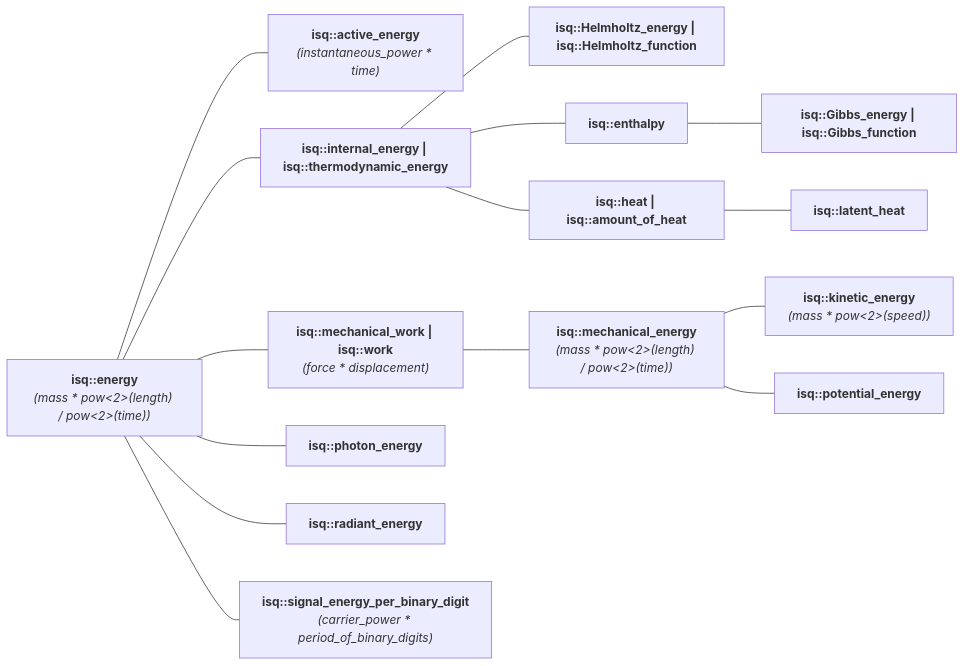
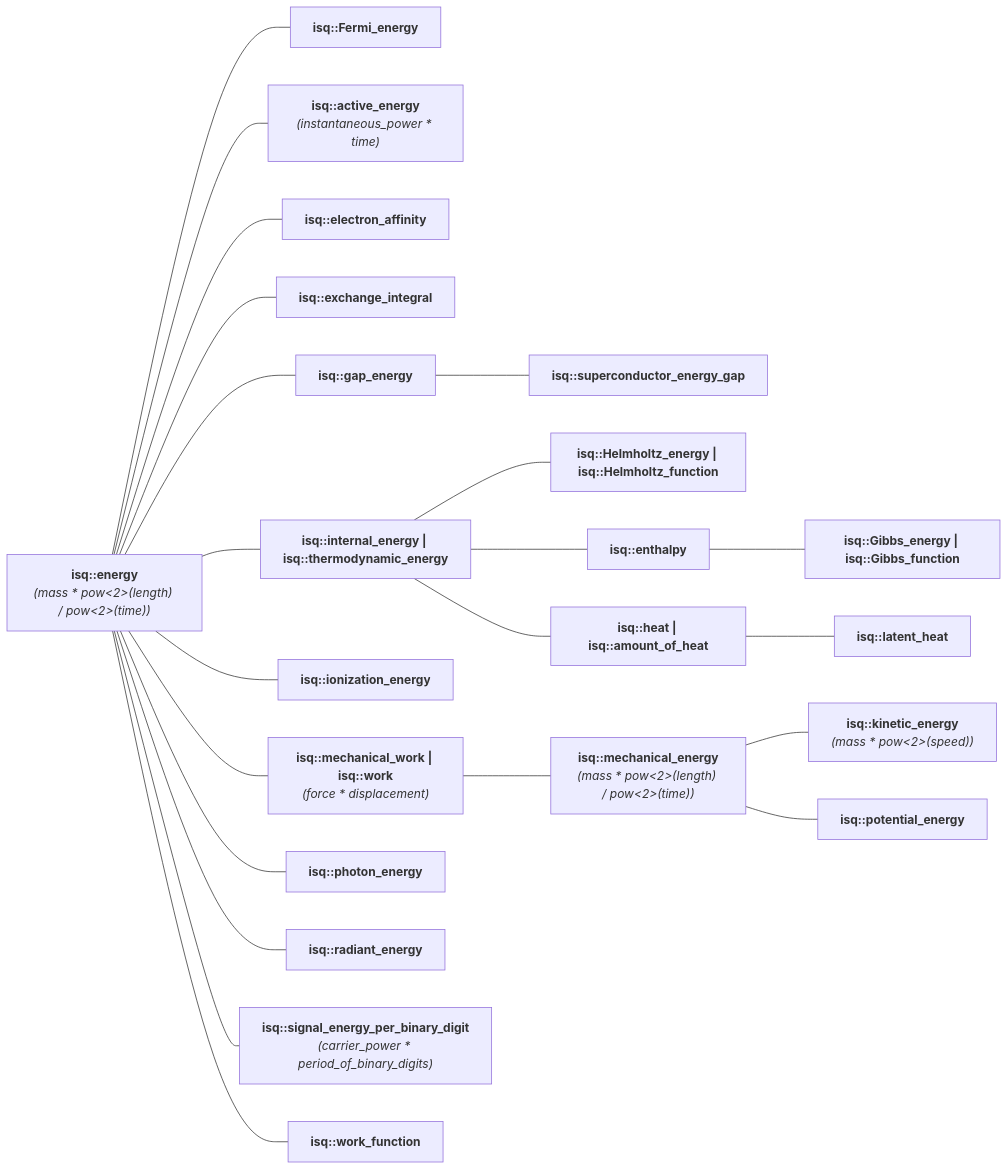
Before and after one commit to mpusz/mp-units: the diagram in docs/reference/systems_reference/hierarchies/energy_isq.md, drawn with Mermaid. The commit also changed 30 other files, not shown here.

````diff
--- a/docs/reference/systems_reference/hierarchies/energy_isq.md
+++ b/docs/reference/systems_reference/hierarchies/energy_isq.md
@@ -8,32 +8,46 @@
 ```mermaid
 flowchart LR
     isq_energy["<b><a href="../../systems/isq/#energy" style="color: var(--md-mermaid-label-fg-color); text-decoration: none;">isq::energy</a></b><br><i>(<a href="../../systems/isq/#mass" style="color: var(--md-mermaid-label-fg-color); text-decoration: none;">mass</a> * pow<2>(<a href="../../systems/isq/#length" style="color: var(--md-mermaid-label-fg-color); text-decoration: none;">length</a>) / pow<2>(<a href="../../systems/isq/#time" style="color: var(--md-mermaid-label-fg-color); text-decoration: none;">time</a>))</i>"]
+    isq_Fermi_energy["<b><a href="../../systems/isq/#Fermi_energy" style="color: var(--md-mermaid-label-fg-color); text-decoration: none;">isq::Fermi_energy</a></b>"]
+    isq_energy --- isq_Fermi_energy
     isq_active_energy["<b><a href="../../systems/isq/#active_energy" style="color: var(--md-mermaid-label-fg-color); text-decoration: none;">isq::active_energy</a></b><br><i>(<a href="../../systems/isq/#instantaneous_power" style="color: var(--md-mermaid-label-fg-color); text-decoration: none;">instantaneous_power</a> * <a href="../../systems/isq/#time" style="color: var(--md-mermaid-label-fg-color); text-decoration: none;">time</a>)</i>"]
     isq_energy --- isq_active_energy
+    isq_electron_affinity["<b><a href="../../systems/isq/#electron_affinity" style="color: var(--md-mermaid-label-fg-color); text-decoration: none;">isq::electron_affinity</a></b>"]
+    isq_energy --- isq_electron_affinity
+    isq_exchange_integral["<b><a href="../../systems/isq/#exchange_integral" style="color: var(--md-mermaid-label-fg-color); text-decoration: none;">isq::exchange_integral</a></b>"]
+    isq_energy --- isq_exchange_integral
+    isq_gap_energy["<b><a href="../../systems/isq/#gap_energy" style="color: var(--md-mermaid-label-fg-color); text-decoration: none;">isq::gap_energy</a></b>"]
+    isq_energy --- isq_gap_energy
+    isq_superconductor_energy_gap["<b><a href="../../systems/isq/#superconductor_energy_gap" style="color: var(--md-mermaid-label-fg-color); text-decoration: none;">isq::superconductor_energy_gap</a></b>"]
+    isq_gap_energy --- isq_superconductor_energy_gap
     isq_internal_energy["<b><a href="../../systems/isq/#internal_energy" style="color: var(--md-mermaid-label-fg-color); text-decoration: none;">isq::internal_energy</a> | <a href="../../systems/isq/#thermodynamic_energy" style="color: var(--md-mermaid-label-fg-color); text-decoration: none;">isq::thermodynamic_energy</a></b>"]
     isq_energy --- isq_internal_energy
     isq_Helmholtz_energy["<b><a href="../../systems/isq/#Helmholtz_energy" style="color: var(--md-mermaid-label-fg-color); text-decoration: none;">isq::Helmholtz_energy</a> | <a href="../../systems/isq/#Helmholtz_function" style="color: var(--md-mermaid-label-fg-color); text-decoration: none;">isq::Helmholtz_function</a></b>"]
     isq_internal_energy --- isq_Helmholtz_energy
     isq_enthalpy["<b><a href="../../systems/isq/#enthalpy" style="color: var(--md-mermaid-label-fg-color); text-decoration: none;">isq::enthalpy</a></b>"]
     isq_internal_energy --- isq_enthalpy
     isq_Gibbs_energy["<b><a href="../../systems/isq/#Gibbs_energy" style="color: var(--md-mermaid-label-fg-color); text-decoration: none;">isq::Gibbs_energy</a> | <a href="../../systems/isq/#Gibbs_function" style="color: var(--md-mermaid-label-fg-color); text-decoration: none;">isq::Gibbs_function</a></b>"]
     isq_enthalpy --- isq_Gibbs_energy
     isq_heat["<b><a href="../../systems/isq/#heat" style="color: var(--md-mermaid-label-fg-color); text-decoration: none;">isq::heat</a> | <a href="../../systems/isq/#amount_of_heat" style="color: var(--md-mermaid-label-fg-color); text-decoration: none;">isq::amount_of_heat</a></b>"]
     isq_internal_energy --- isq_heat
     isq_latent_heat["<b><a href="../../systems/isq/#latent_heat" style="color: var(--md-mermaid-label-fg-color); text-decoration: none;">isq::latent_heat</a></b>"]
     isq_heat --- isq_latent_heat
+    isq_ionization_energy["<b><a href="../../systems/isq/#ionization_energy" style="color: var(--md-mermaid-label-fg-color); text-decoration: none;">isq::ionization_energy</a></b>"]
+    isq_energy --- isq_ionization_energy
     isq_mechanical_work["<b><a href="../../systems/isq/#mechanical_work" style="color: var(--md-mermaid-label-fg-color); text-decoration: none;">isq::mechanical_work</a> | <a href="../../systems/isq/#work" style="color: var(--md-mermaid-label-fg-color); text-decoration: none;">isq::work</a></b><br><i>(<a href="../../systems/isq/#force" style="color: var(--md-mermaid-label-fg-color); text-decoration: none;">force</a> * <a href="../../systems/isq/#displacement" style="color: var(--md-mermaid-label-fg-color); text-decoration: none;">displacement</a>)</i>"]
     isq_energy --- isq_mechanical_work
     isq_mechanical_energy["<b><a href="../../systems/isq/#mechanical_energy" style="color: var(--md-mermaid-label-fg-color); text-decoration: none;">isq::mechanical_energy</a></b><br><i>(<a href="../../systems/isq/#mass" style="color: var(--md-mermaid-label-fg-color); text-decoration: none;">mass</a> * pow<2>(<a href="../../systems/isq/#length" style="color: var(--md-mermaid-label-fg-color); text-decoration: none;">length</a>) / pow<2>(<a href="../../systems/isq/#time" style="color: var(--md-mermaid-label-fg-color); text-decoration: none;">time</a>))</i>"]
     isq_mechanical_work --- isq_mechanical_energy
     isq_kinetic_energy["<b><a href="../../systems/isq/#kinetic_energy" style="color: var(--md-mermaid-label-fg-color); text-decoration: none;">isq::kinetic_energy</a></b><br><i>(<a href="../../systems/isq/#mass" style="color: var(--md-mermaid-label-fg-color); text-decoration: none;">mass</a> * pow<2>(<a href="../../systems/isq/#speed" style="color: var(--md-mermaid-label-fg-color); text-decoration: none;">speed</a>))</i>"]
     isq_mechanical_energy --- isq_kinetic_energy
     isq_potential_energy["<b><a href="../../systems/isq/#potential_energy" style="color: var(--md-mermaid-label-fg-color); text-decoration: none;">isq::potential_energy</a></b>"]
     isq_mechanical_energy --- isq_potential_energy
     isq_photon_energy["<b><a href="../../systems/isq/#photon_energy" style="color: var(--md-mermaid-label-fg-color); text-decoration: none;">isq::photon_energy</a></b>"]
     isq_energy --- isq_photon_energy
     isq_radiant_energy["<b><a href="../../systems/isq/#radiant_energy" style="color: var(--md-mermaid-label-fg-color); text-decoration: none;">isq::radiant_energy</a></b>"]
     isq_energy --- isq_radiant_energy
     isq_signal_energy_per_binary_digit["<b><a href="../../systems/isq/#signal_energy_per_binary_digit" style="color: var(--md-mermaid-label-fg-color); text-decoration: none;">isq::signal_energy_per_binary_digit</a></b><br><i>(<a href="../../systems/isq/#carrier_power" style="color: var(--md-mermaid-label-fg-color); text-decoration: none;">carrier_power</a> * <a href="../../systems/isq/#period_of_binary_digits" style="color: var(--md-mermaid-label-fg-color); text-decoration: none;">period_of_binary_digits</a>)</i>"]
     isq_energy --- isq_signal_energy_per_binary_digit
+    isq_work_function["<b><a href="../../systems/isq/#work_function" style="color: var(--md-mermaid-label-fg-color); text-decoration: none;">isq::work_function</a></b>"]
+    isq_energy --- isq_work_function
 ```
````
